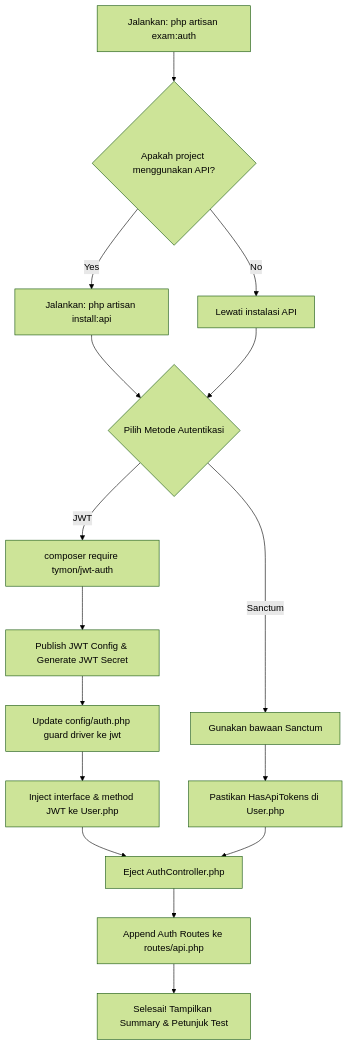
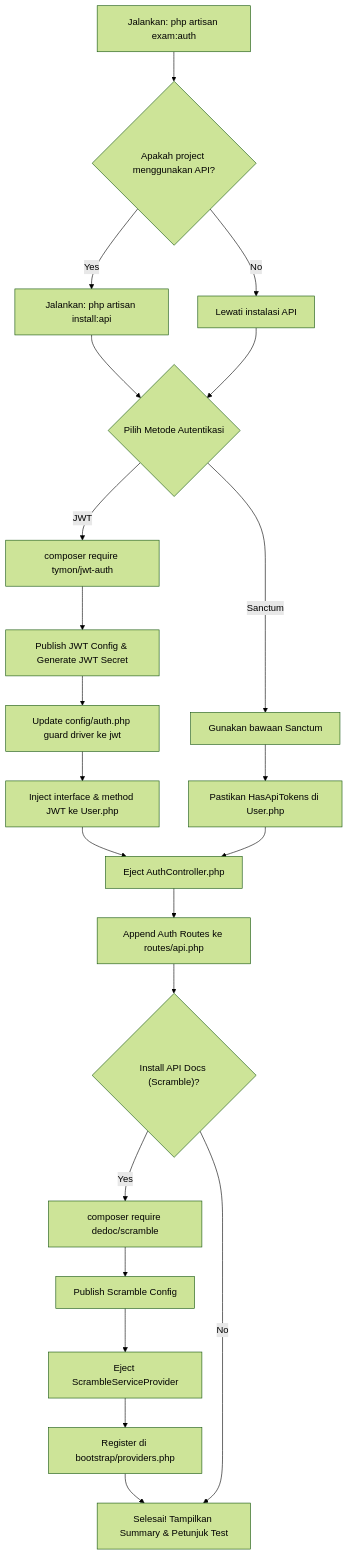
One commit to Frankenstein401/laravel-exam-boots changed the diagram in README.md. Above: the diagram before and after it, drawn with Mermaid (forest theme). The commit also changed other lines of this file and 56 other files, not shown here.

````diff
--- a/README.md
+++ b/README.md
@@ -166,18 +181,24 @@
 ```mermaid
 graph TD
     A["Jalankan: php artisan exam:auth"] --> B{"Apakah project menggunakan API?"}
     B -- "Yes" --> C["Jalankan: php artisan install:api"]
     B -- "No" --> D["Lewati instalasi API"]
     C --> E{"Pilih Metode Autentikasi"}
     D --> E
     E -- "JWT" --> F["composer require tymon/jwt-auth"]
     E -- "Sanctum" --> G["Gunakan bawaan Sanctum"]
     F --> F1["Publish JWT Config & Generate JWT Secret"]
     F1 --> F2["Update config/auth.php guard driver ke jwt"]
     F2 --> H["Inject interface & method JWT ke User.php"]
     G --> H1["Pastikan HasApiTokens di User.php"]
     H --> I["Eject AuthController.php"]
     H1 --> I
     I --> J["Append Auth Routes ke routes/api.php"]
-    J --> K["Selesai! Tampilkan Summary & Petunjuk Test"]
+    J --> L{"Install API Docs (Scramble)?"}
+    L -- "Yes" --> M["composer require dedoc/scramble"]
+    M --> M1["Publish Scramble Config"]
+    M1 --> M2["Eject ScrambleServiceProvider"]
+    M2 --> M3["Register di bootstrap/providers.php"]
+    M3 --> K["Selesai! Tampilkan Summary & Petunjuk Test"]
+    L -- "No" --> K
 ```
````
